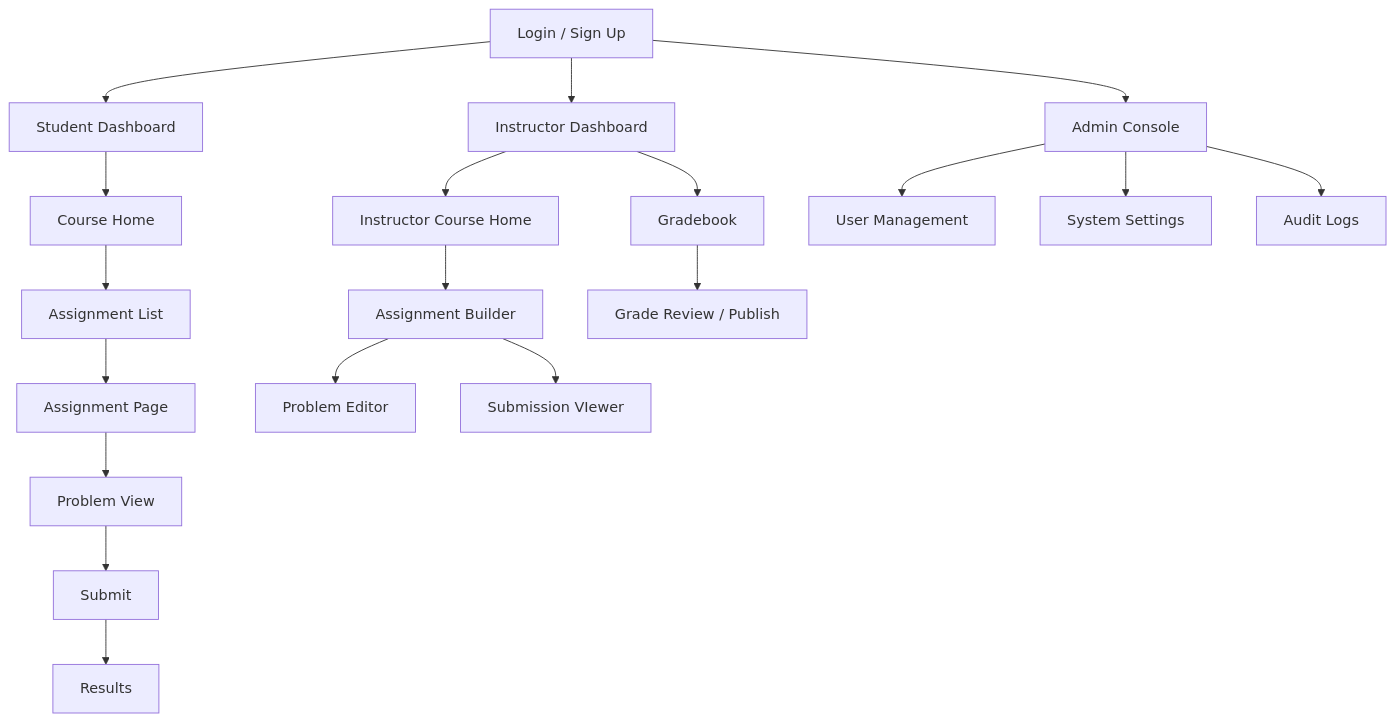
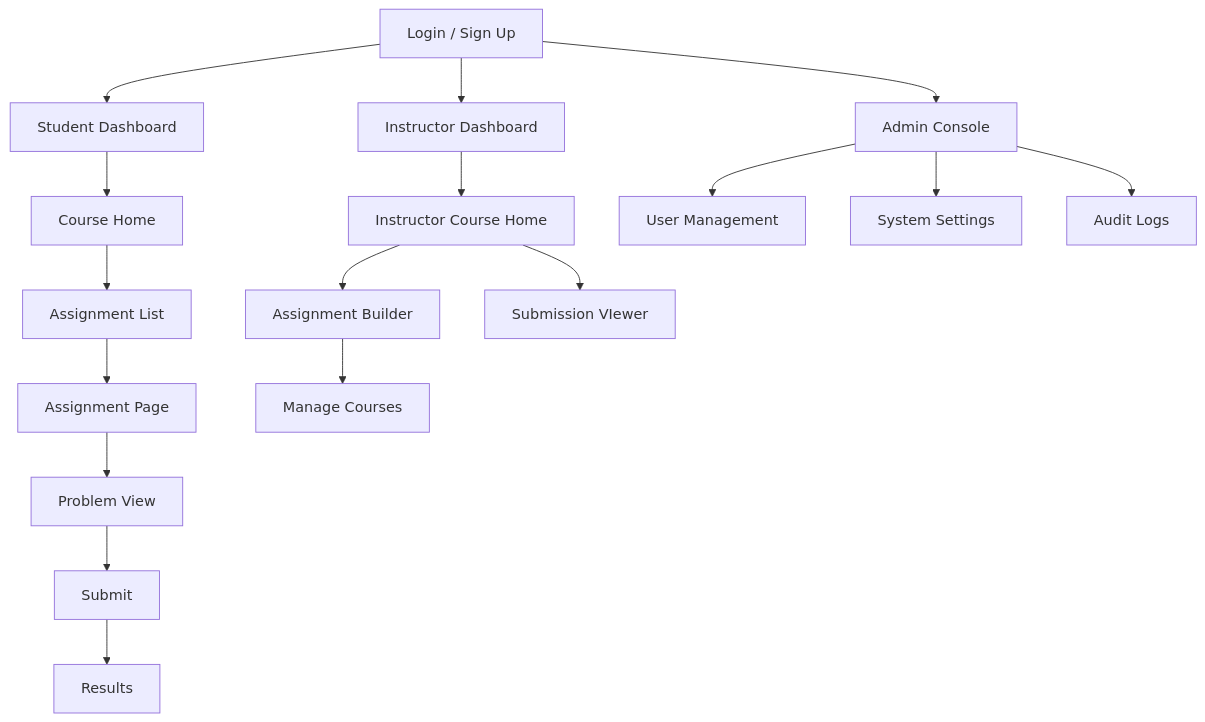
Before and after one commit to MapleDrizzle/f25-cisc474-individual: the diagram in apps/docs/public/sitemap.md, drawn with Mermaid.

````diff
--- a/apps/docs/public/sitemap.md
+++ b/apps/docs/public/sitemap.md
@@ -4,25 +4,22 @@
 ```mermaid
 flowchart TD
     L[Login / Sign Up] --> D[Student Dashboard]
     L --> ID[Instructor Dashboard]
     L --> AD[Admin Console]
 
     D --> C[Course Home]
     C --> A[Assignment List]
     A --> AP[Assignment Page]
     AP --> P[Problem View]
     P --> S[Submit]
     S --> R[Results]
 
     ID --> IC[Instructor Course Home]
     IC --> IA[Assignment Builder]
-    IA --> IP[Problem Editor]
-    IA --> IS[Submission VIewer]
-
-    ID --> G[Gradebook]
-    G --> GR[Grade Review / Publish]
+    IC --> IS[Submission VIewer]
+    IA --> IM[Manage Courses]
 
     AD --> U[User Management]
     AD --> SYS[System Settings]
     AD --> AUD[Audit Logs]
 ```
````
